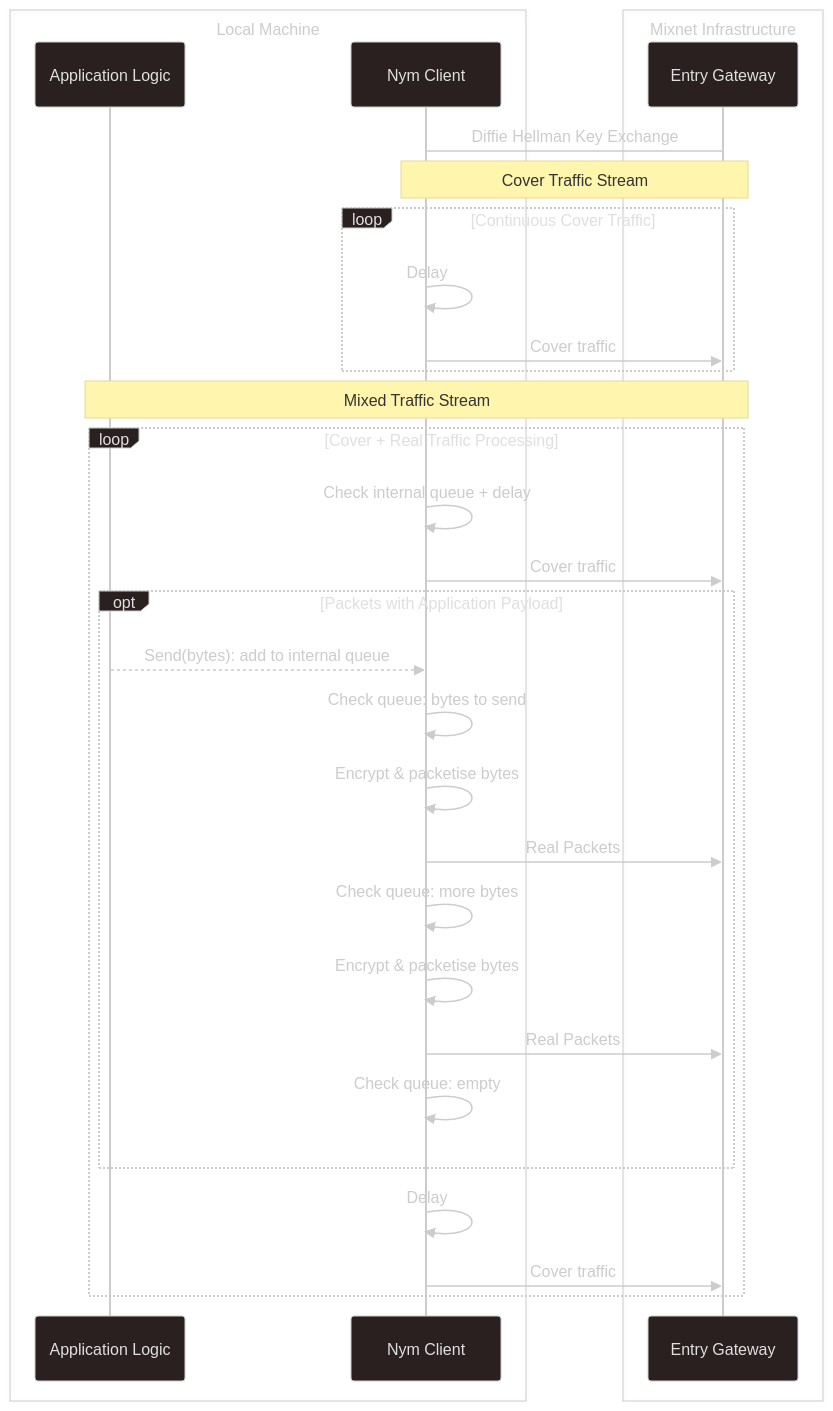
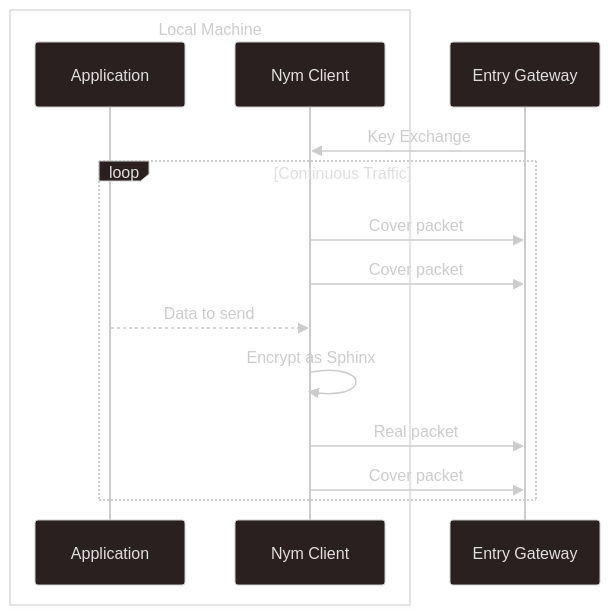
The first of 3 diagrams in documentation/docs/pages/network/mixnet-mode/traffic-flow.mdx (nymtech/nym), drawn with Mermaid before and after one commit. The commit also changed other lines of this file and 22 other files, not shown here.

````diff
--- a/documentation/docs/pages/network/mixnet-mode/traffic-flow.mdx
+++ b/documentation/docs/pages/network/mixnet-mode/traffic-flow.mdx
@@ -36,42 +21,23 @@
 ```mermaid
 ---
 config:
   theme: neo-dark
 ---
 sequenceDiagram
     box Local Machine
-        participant AL as Application Logic
-        participant NC as Nym Client
+        participant App as Application
+        participant Client as Nym Client
     end
+    participant Gateway as Entry Gateway
 
-    box Mixnet Infrastructure
-        participant EG as Entry Gateway
+    Gateway->>Client: Key Exchange
+
+    loop Continuous Traffic
+        Client->>Gateway: Cover packet
+        Client->>Gateway: Cover packet
+        App-->>Client: Data to send
+        Client->>Client: Encrypt as Sphinx
+        Client->>Gateway: Real packet
+        Client->>Gateway: Cover packet
     end
-
-    EG->NC: Diffie Hellman Key Exchange
-
-    Note over NC,EG: Cover Traffic Stream
-    loop Continuous Cover Traffic
-        NC->>NC: Delay
-        NC->>EG: Cover traffic
-    end
-
-    Note over AL,EG: Mixed Traffic Stream
-    loop Cover + Real Traffic Processing
-        NC->>NC: Check internal queue + delay
-        NC->>EG: Cover traffic
-        opt Packets with Application Payload
-            AL-->>NC: Send(bytes): add to internal queue
-            NC->>NC: Check queue: bytes to send
-            NC->>NC: Encrypt & packetise bytes
-            NC->>EG: Real Packets
-            NC->>NC: Check queue: more bytes
-            NC->>NC: Encrypt & packetise bytes
-            NC->>EG: Real Packets
-            NC->>NC: Check queue: empty
-        end
-        NC->>NC: Delay
-        NC->>EG: Cover traffic
-    end
-
 ```
````
